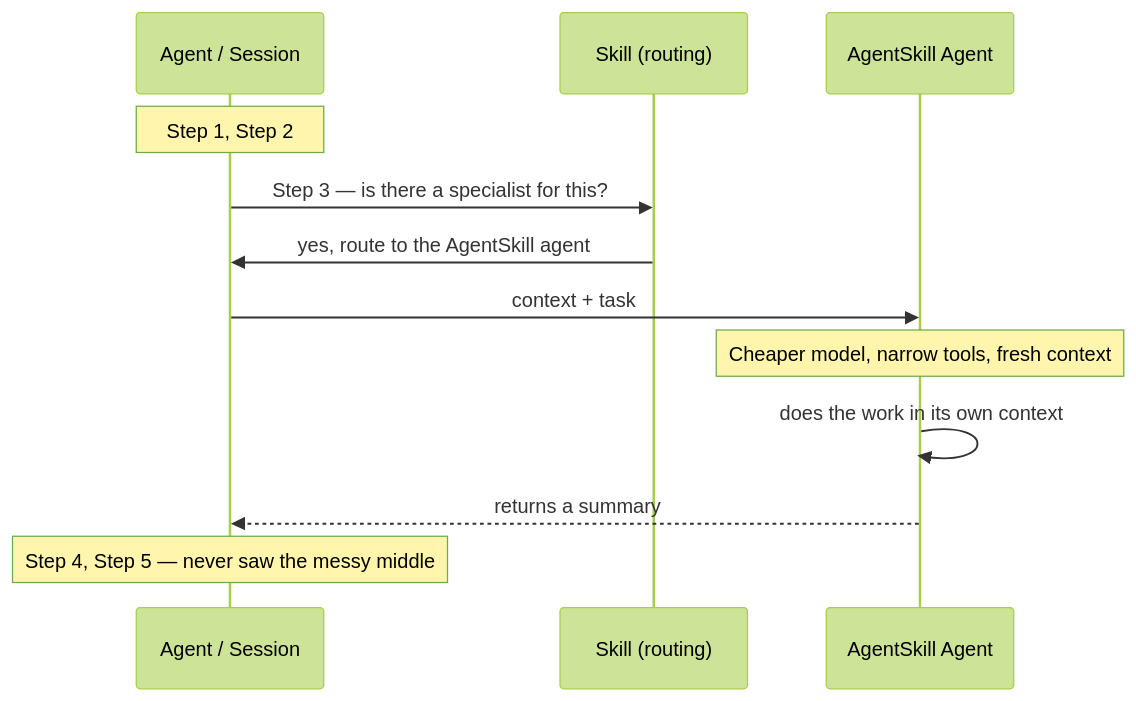
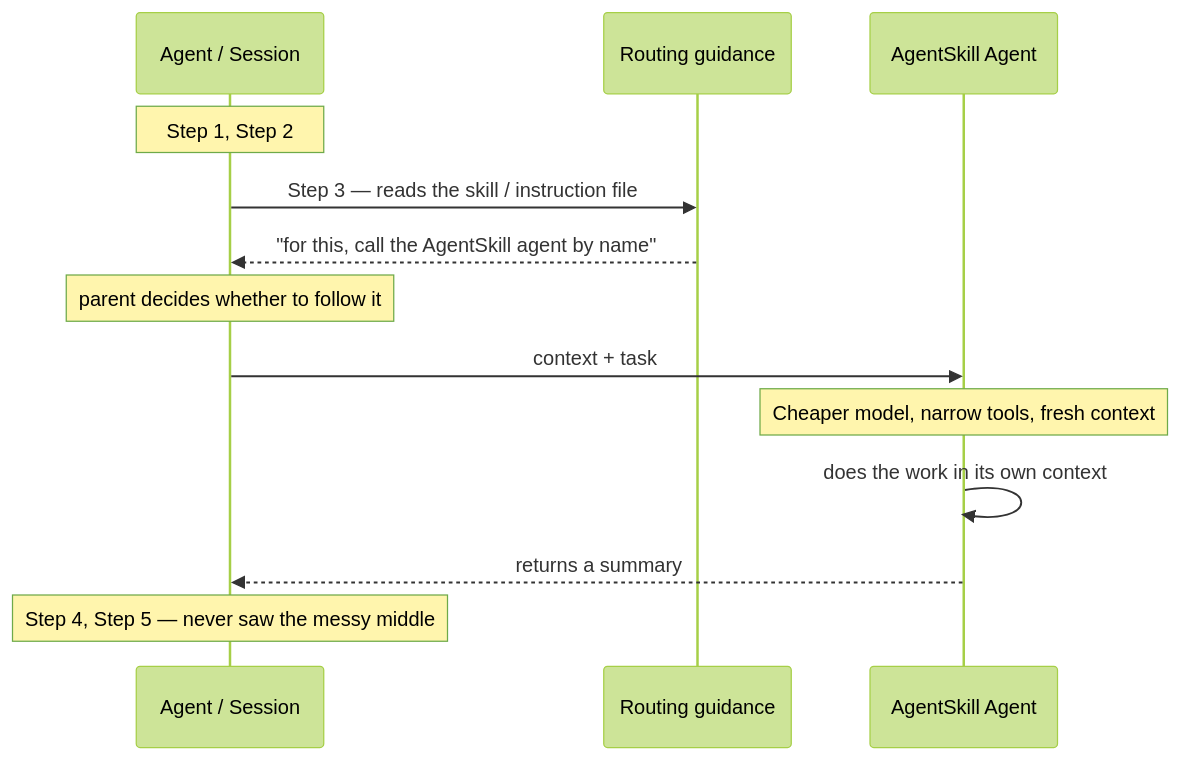
One commit to cirvine-MSFT/cirvine-MSFT.github.io changed the diagram in src/content/articles/the-agentskill-pattern-when-a-skill-should-be-an-agent.mdx. Above: the diagram before and after it, drawn with Mermaid (forest theme). The commit also changed other lines of this file, not shown here.

````diff
--- a/src/content/articles/the-agentskill-pattern-when-a-skill-should-be-an-agent.mdx
+++ b/src/content/articles/the-agentskill-pattern-when-a-skill-should-be-an-agent.mdx
@@ -35,15 +35,16 @@
 ```mermaid
 sequenceDiagram
     participant P as Agent / Session
-    participant S as Skill (routing)
+    participant S as Routing guidance
     participant W as AgentSkill Agent
 
     Note over P: Step 1, Step 2
-    P->>S: Step 3 — is there a specialist for this?
-    S->>P: yes, route to the AgentSkill agent
+    P->>S: Step 3 — reads the skill / instruction file
+    S-->>P: "for this, call the AgentSkill agent by name"
+    Note over P: parent decides whether to follow it
     P->>W: context + task
     Note over W: Cheaper model, narrow tools, fresh context
     W->>W: does the work in its own context
     W-->>P: returns a summary
     Note over P: Step 4, Step 5 — never saw the messy middle
 ```
````
